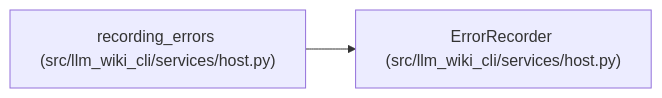
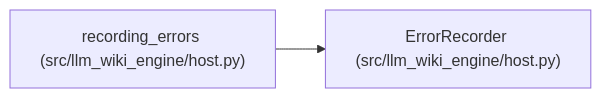
The diagram in docs/llm_wiki/entities/ErrorRecorder.md (Denissvgn/python-wiki-llm), drawn with Mermaid before and after one commit. The commit also changed other lines of this file and 1103 other files, not shown here.

First line of the commit message:
docs: refresh the wiki for the llm-wiki-engine distribution

````diff
--- a/docs/llm_wiki/entities/ErrorRecorder.md
+++ b/docs/llm_wiki/entities/ErrorRecorder.md
@@ -28,8 +28,8 @@
 ```mermaid
 flowchart LR
-    n0["ErrorRecorder (src/llm_wiki_cli/services/host.py)"]
-    n1["recording_errors (src/llm_wiki_cli/services/host.py)"]
+    n0["ErrorRecorder (src/llm_wiki_engine/host.py)"]
+    n1["recording_errors (src/llm_wiki_engine/host.py)"]
     n1 --> n0
     click n0 "../modules/host.md"
     click n1 "../modules/host.md"
 ```
````
